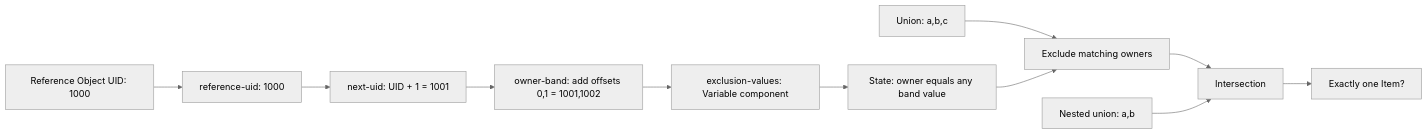
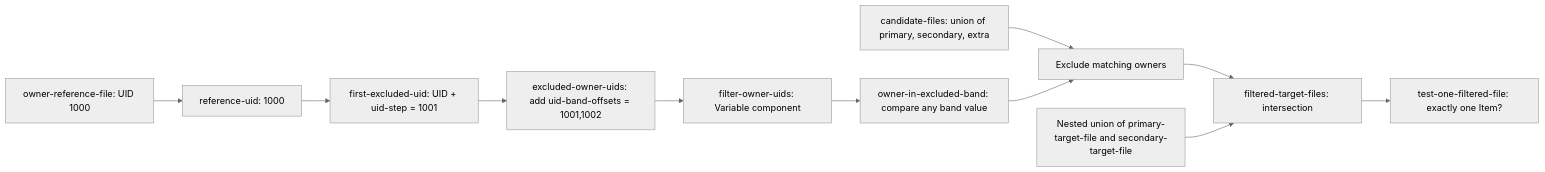
Before and after one commit to vanderpol/scap-ng: the diagram in board/review-content/0.2.0/examples/filter.md, drawn with Mermaid (neutral theme). The commit also changed other lines of this file and 34 other files, not shown here.

````diff
--- a/board/review-content/0.2.0/examples/filter.md
+++ b/board/review-content/0.2.0/examples/filter.md
@@ -18,13 +28,13 @@
 ```mermaid
 flowchart LR
-  reference[Reference Object UID: 1000] --> extracted[reference-uid: 1000]
-  extracted --> next[next-uid: UID + 1 = 1001]
-  next --> band[owner-band: add offsets 0,1 = 1001,1002]
-  band --> values[exclusion-values: Variable component]
-  values --> predicate[State: owner equals any band value]
-  abc[Union: a,b,c] --> filtered[Exclude matching owners]
-  predicate --> filtered
-  filtered --> remaining[Intersection]
-  ab[Nested union: a,b] --> remaining
-  remaining --> test[Exactly one Item?]
+  ownerReference[owner-reference-file: UID 1000] --> referenceUid[reference-uid: 1000]
+  referenceUid --> firstExcludedUid[first-excluded-uid: UID + uid-step = 1001]
+  firstExcludedUid --> excludedOwnerUids[excluded-owner-uids: add uid-band-offsets = 1001,1002]
+  excludedOwnerUids --> filterOwnerUids[filter-owner-uids: Variable component]
+  filterOwnerUids --> ownerPredicate[owner-in-excluded-band: compare any band value]
+  candidateFiles[candidate-files: union of primary, secondary, extra] --> filteredPopulation[Exclude matching owners]
+  ownerPredicate --> filteredPopulation
+  filteredPopulation --> filteredTargets[filtered-target-files: intersection]
+  targetPair[Nested union of primary-target-file and secondary-target-file] --> filteredTargets
+  filteredTargets --> singleFileTest[test-one-filtered-file: exactly one Item?]
 ```
````
